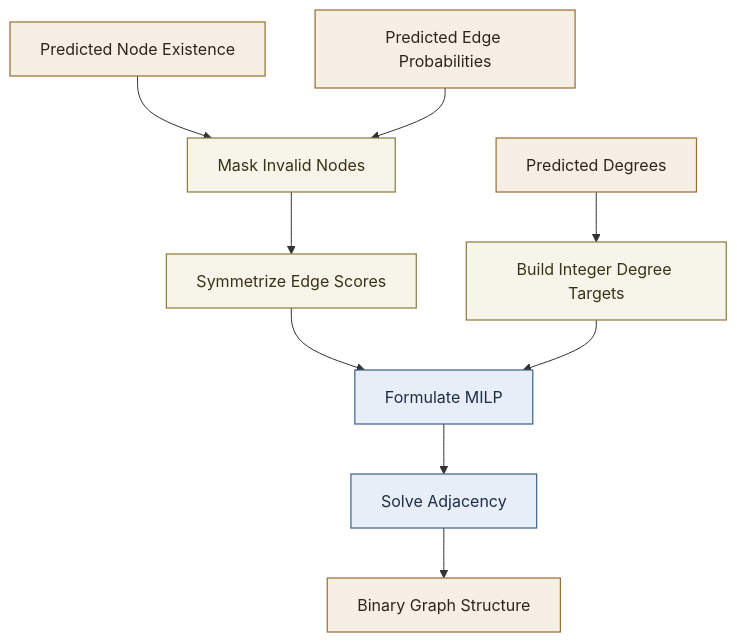
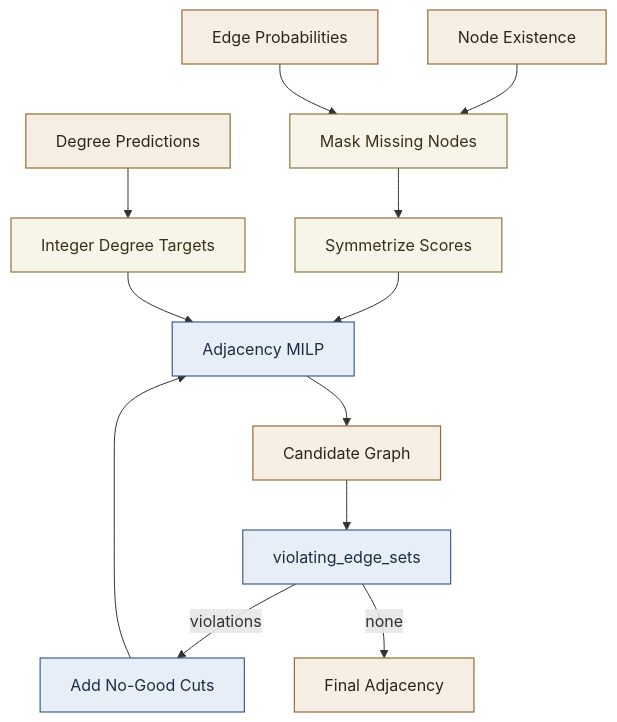
One commit to fabriziocosta/NodeField changed the second of 2 diagrams in docs/3_CONDITIONAL_NODE_FIELD_GRAPH_DECODER_README.md. Above: the diagram before and after it, drawn with Mermaid. The commit also changed other lines of this file and 4 other files, not shown here.

````diff
--- a/docs/3_CONDITIONAL_NODE_FIELD_GRAPH_DECODER_README.md
+++ b/docs/3_CONDITIONAL_NODE_FIELD_GRAPH_DECODER_README.md
@@ -136,25 +163,29 @@
 ```mermaid
 flowchart TD
-    A[Predicted Node Existence]
-    B[Predicted Degrees]
-    C[Predicted Edge Probabilities]
-    D[Mask Invalid Nodes]
-    E[Symmetrize Edge Scores]
-    F[Build Integer Degree Targets]
-    G[Formulate MILP]
-    H[Solve Adjacency]
-    I[Binary Graph Structure]
+    EX[Node Existence]
+    DEG[Degree Predictions]
+    PROB[Edge Probabilities]
+    MASK[Mask Missing Nodes]
+    SYM[Symmetrize Scores]
+    TGT[Integer Degree Targets]
+    MILP[Adjacency MILP]
+    G1[Candidate Graph]
+    ORA[violating_edge_sets]
+    CUTS[Add No-Good Cuts]
+    FINAL[Final Adjacency]
 
-    A --> D
-    C --> D --> E --> G
-    B --> F --> G
-    G --> H --> I
+    EX --> MASK
+    PROB --> MASK --> SYM --> MILP
+    DEG --> TGT --> MILP
+    MILP --> G1 --> ORA
+    ORA -->|violations| CUTS --> MILP
+    ORA -->|none| FINAL
 
     classDef data fill:#f6efe5,stroke:#9a6b2f,stroke-width:1.2px,color:#2f2419;
     classDef process fill:#f7f4ea,stroke:#8a7a3d,stroke-width:1.2px,color:#3a3218;
     classDef decode fill:#e8eef7,stroke:#3d5f8c,stroke-width:1.2px,color:#1d2d44;
 
-    class A,B,C,I data;
-    class D,E,F process;
-    class G,H decode;
+    class EX,DEG,PROB,G1,FINAL data;
+    class MASK,SYM,TGT process;
+    class MILP,ORA,CUTS decode;
 ```
````
